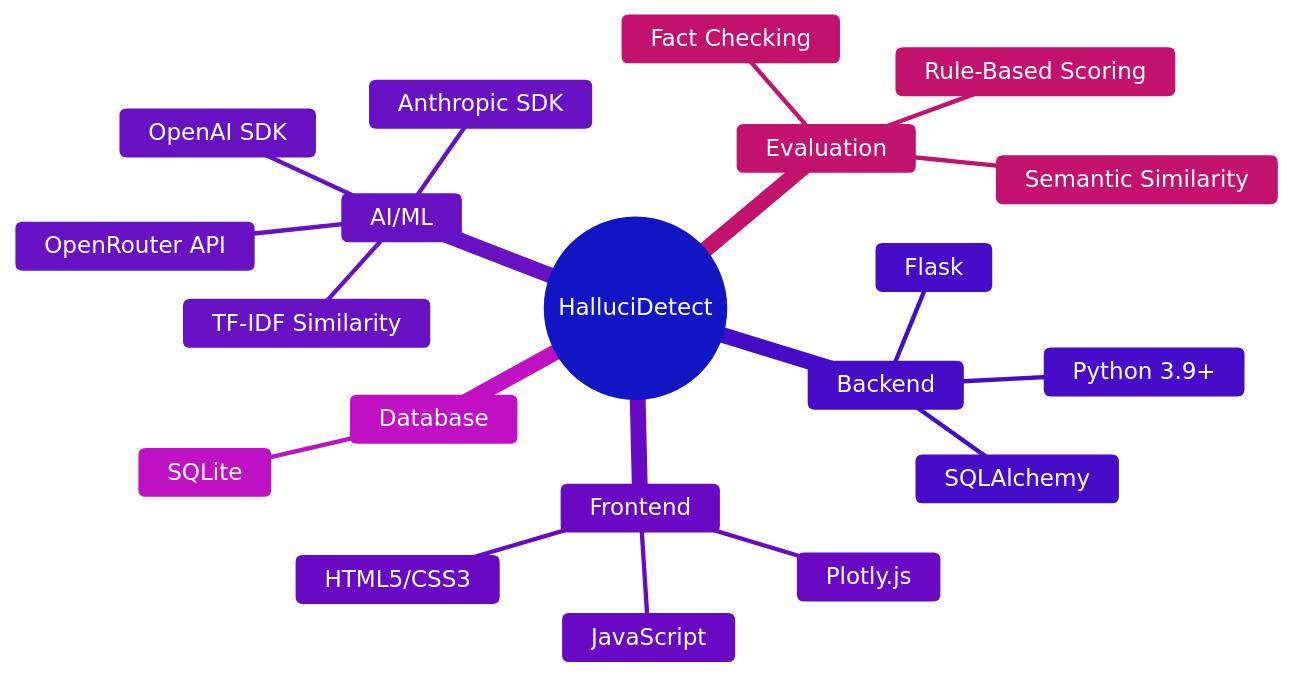
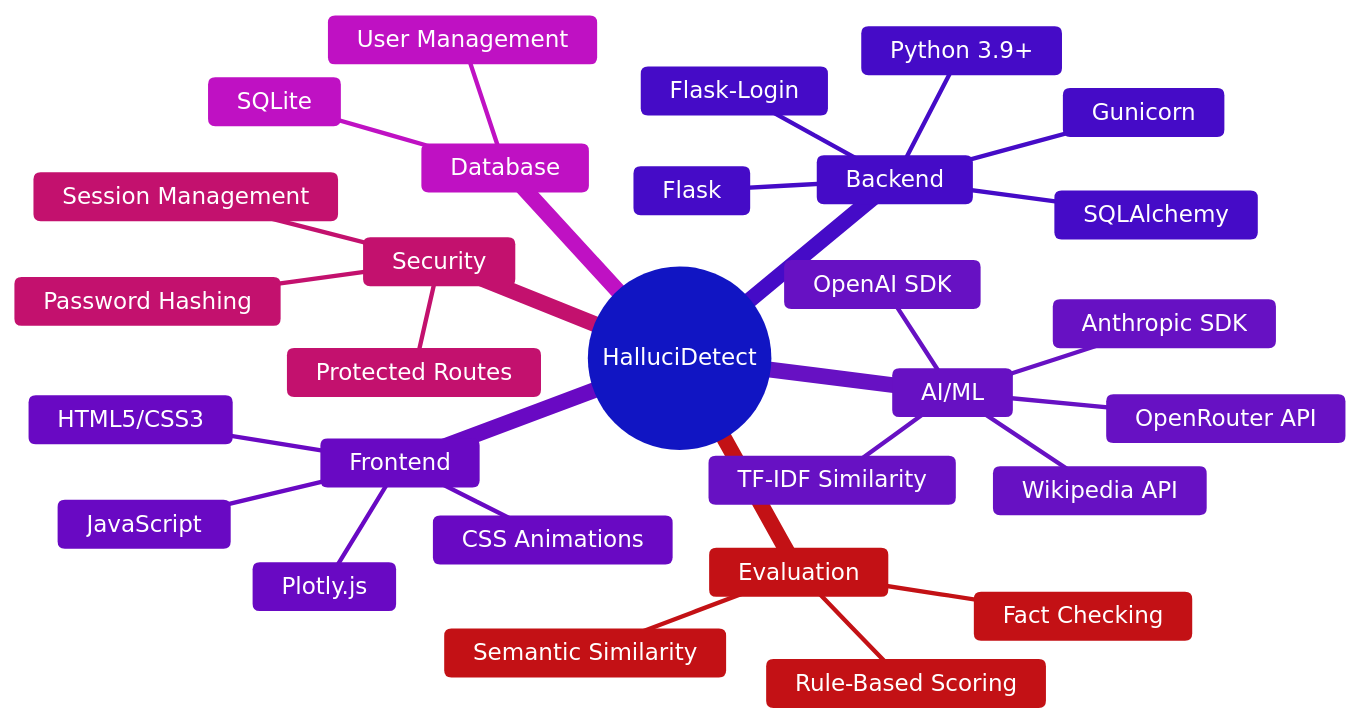
One commit to rishi02102017/HalluciDetect changed the eighth of 8 diagrams in README.md. Above: the diagram before and after it, drawn with Mermaid. The commit also changed other lines of this file and 1 other file, not shown here.

First line of the commit message:
v1.1.0: Security fixes & README update

````diff
--- a/README.md
+++ b/README.md
@@ -379,24 +425,33 @@
 ```mermaid
 %%{init: {'theme': 'base', 'themeVariables': { 'primaryColor': '#6366f1', 'primaryTextColor': '#fff', 'primaryBorderColor': '#818cf8', 'secondaryColor': '#8b5cf6', 'secondaryTextColor': '#fff', 'tertiaryColor': '#a855f7', 'tertiaryTextColor': '#fff', 'lineColor': '#94a3b8', 'textColor': '#fff'}}}%%
 mindmap
     root((HalluciDetect))
         Backend
             Flask
+            Flask-Login
             SQLAlchemy
+            Gunicorn
             Python 3.9+
         Frontend
             HTML5/CSS3
             JavaScript
             Plotly.js
+            CSS Animations
         AI/ML
             OpenRouter API
             TF-IDF Similarity
+            Wikipedia API
             OpenAI SDK
             Anthropic SDK
         Database
             SQLite
+            User Management
+        Security
+            Password Hashing
+            Session Management
+            Protected Routes
         Evaluation
             Fact Checking
             Semantic Similarity
             Rule-Based Scoring
 ```
````
